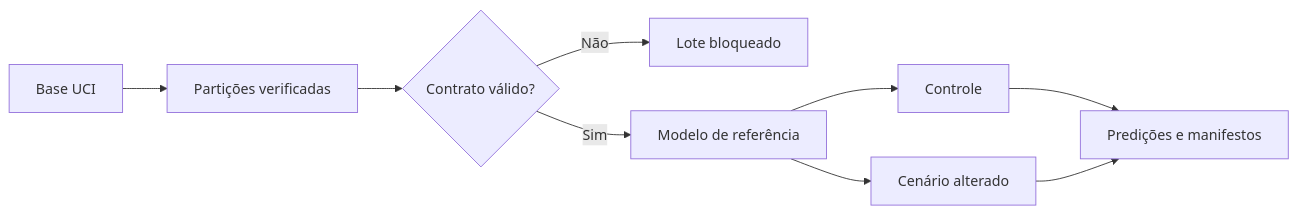
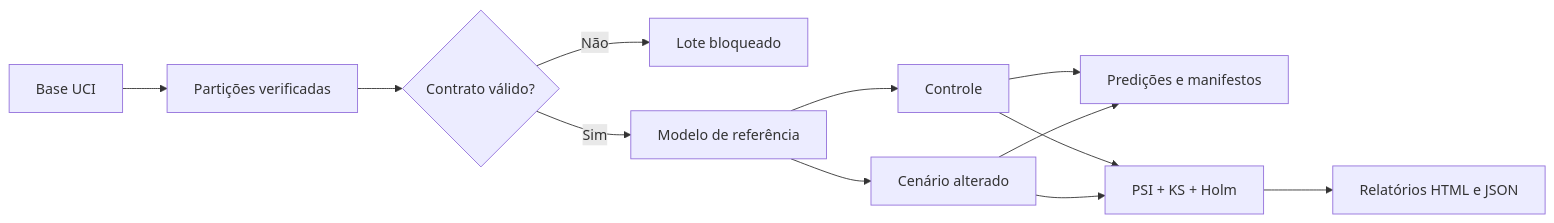
One commit to primodeckers/tech-challenge-fase-four changed the diagram in README.md. Above: the diagram before and after it, drawn with Mermaid. The commit also changed other lines of this file, not shown here.

````diff
--- a/README.md
+++ b/README.md
@@ -30,11 +31,14 @@
 ```mermaid
 flowchart LR
     A[Base UCI] --> B[Partições verificadas]
     B --> C{Contrato válido?}
     C -->|Não| D[Lote bloqueado]
     C -->|Sim| E[Modelo de referência]
     E --> F[Controle]
     E --> G[Cenário alterado]
     F --> H[Predições e manifestos]
     G --> H
+    F --> I[PSI + KS + Holm]
+    G --> I
+    I --> J[Relatórios HTML e JSON]
 ```
````
